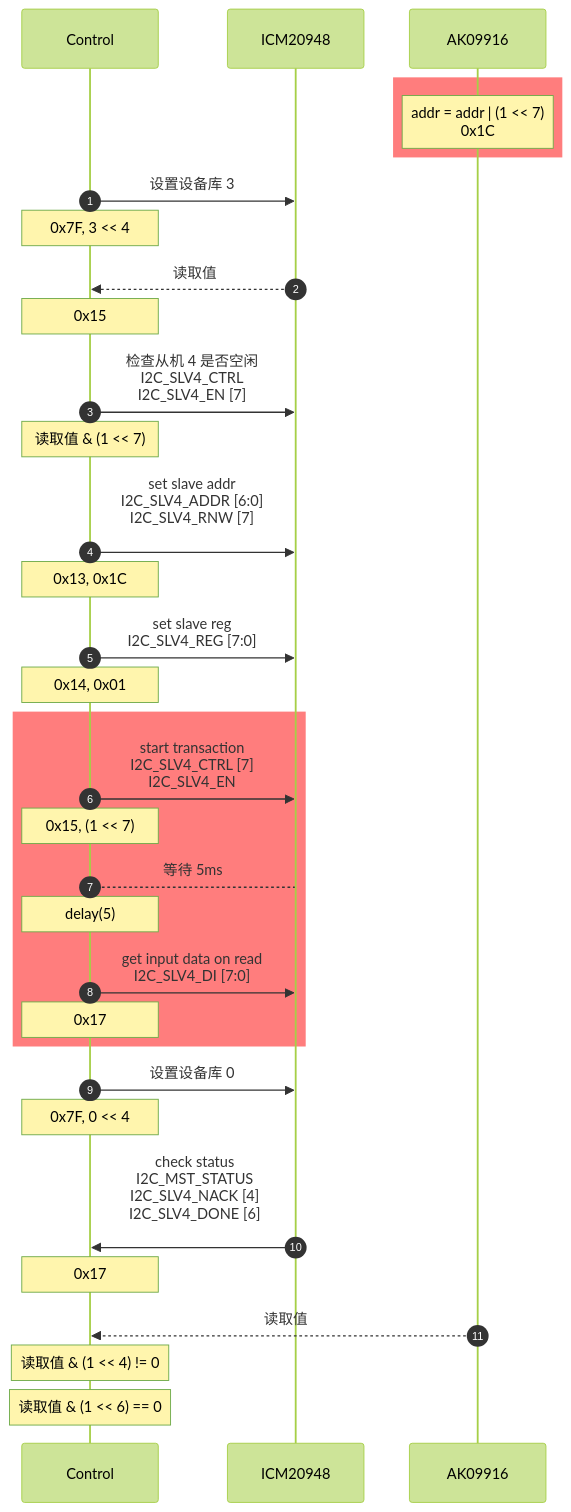
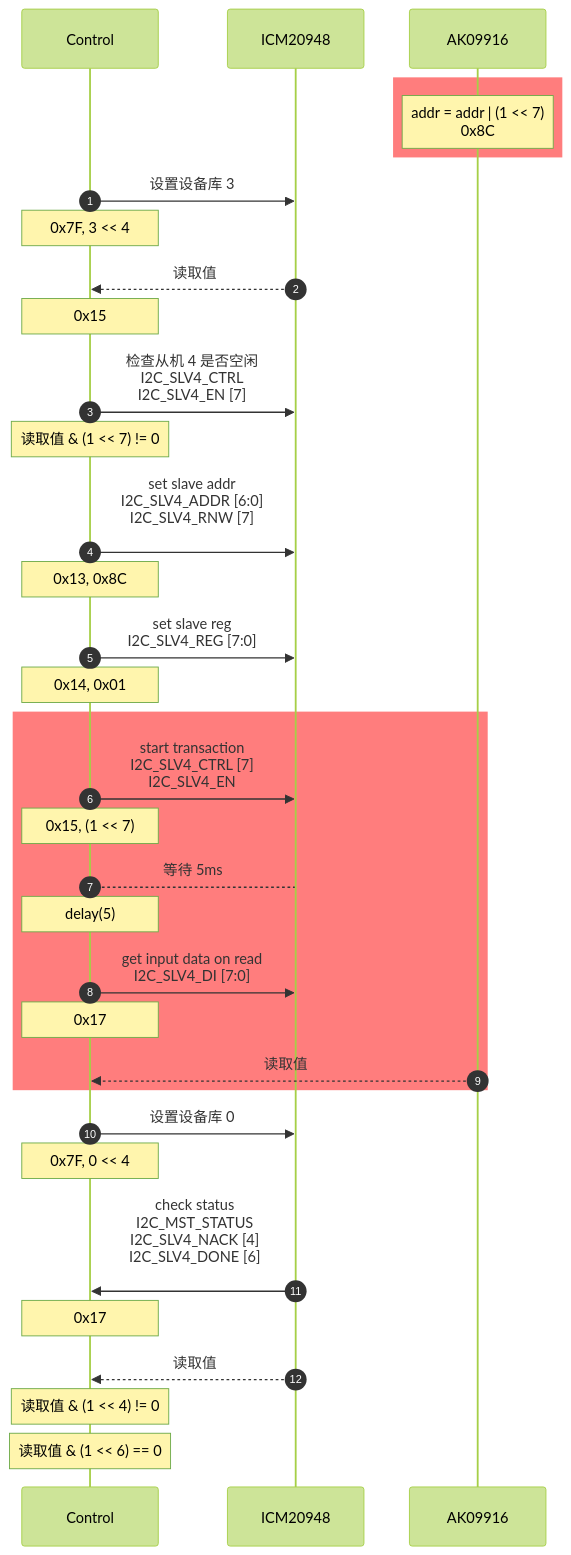
Before and after one commit to hkdickyko/hkdickyko.github.io: the fifth of 7 diagrams in _posts/2025-04-06-mdchart.md, drawn with Mermaid (forest theme).

```diff
--- a/_posts/2025-04-06-mdchart.md
+++ b/_posts/2025-04-06-mdchart.md
@@ -280,35 +280,36 @@
 <div class="mermaid">
 sequenceDiagram;
    autonumber;
    participant C as Control;
    participant I as ICM20948;
    participant A as AK09916;
    rect rgb(255,125,125);
-   note over A: addr = addr | (1 << 7)<br/>0x1C;
+   note over A: addr = addr | (1 << 7)<br/>0x8C;
    end;
    C->>I: 设置设备库 3;
    note over C: 0x7F, 3 << 4;
    I-->>C: 读取值;
    note over C: 0x15;
    C->>I: 检查从机 4 是否空闲<br/>I2C_SLV4_CTRL<br/>I2C_SLV4_EN [7];
-   note over C: 读取值 & (1 << 7);
+   note over C: 读取值 & (1 << 7) != 0;
    C->>I: set slave addr<br/>I2C_SLV4_ADDR [6:0]<br/>I2C_SLV4_RNW [7]<br/>;
-   note over C: 0x13, 0x1C;
+   note over C: 0x13, 0x8C;
    C->>I: set slave reg<br/>I2C_SLV4_REG [7:0];
    note over C: 0x14, 0x01;
    rect rgb(255,125,125);
    C->>I: start transaction<br/>I2C_SLV4_CTRL [7] <br/>I2C_SLV4_EN;
    note over C: 0x15, (1 << 7);   
    C-->I: 等待 5ms;
    note over C: delay(5);
    C->>I: get input data on read<br/>I2C_SLV4_DI [7:0];
    note over C: 0x17;
+   A-->>C: 读取值;
    end;
    C->>I: 设置设备库 0;
    note over C: 0x7F, 0 << 4;
    I->>C: check status<br/>I2C_MST_STATUS<br/>I2C_SLV4_NACK [4]<br/>I2C_SLV4_DONE [6]<br/>;
    note over C: 0x17;
-   A-->>C: 读取值; 
+   I-->>C: 读取值; 
    note over C: 读取值 & (1 << 4) != 0;
    note over C: 读取值 & (1 << 6) == 0;  
 </div>
```
